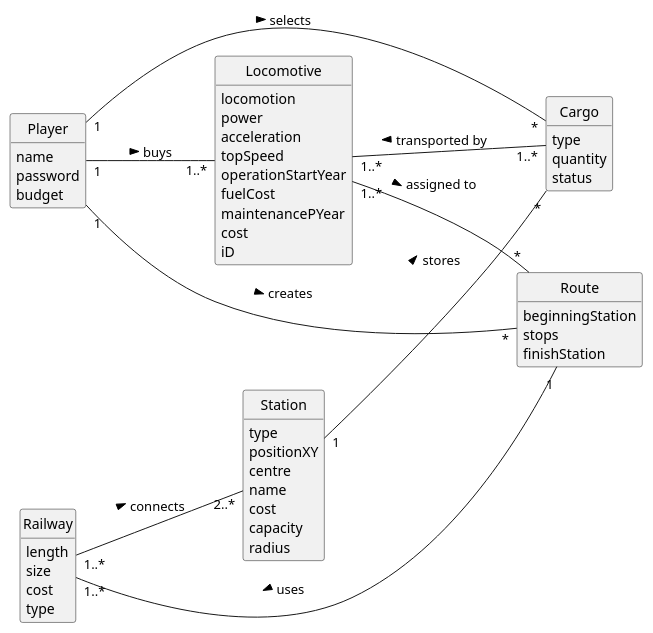
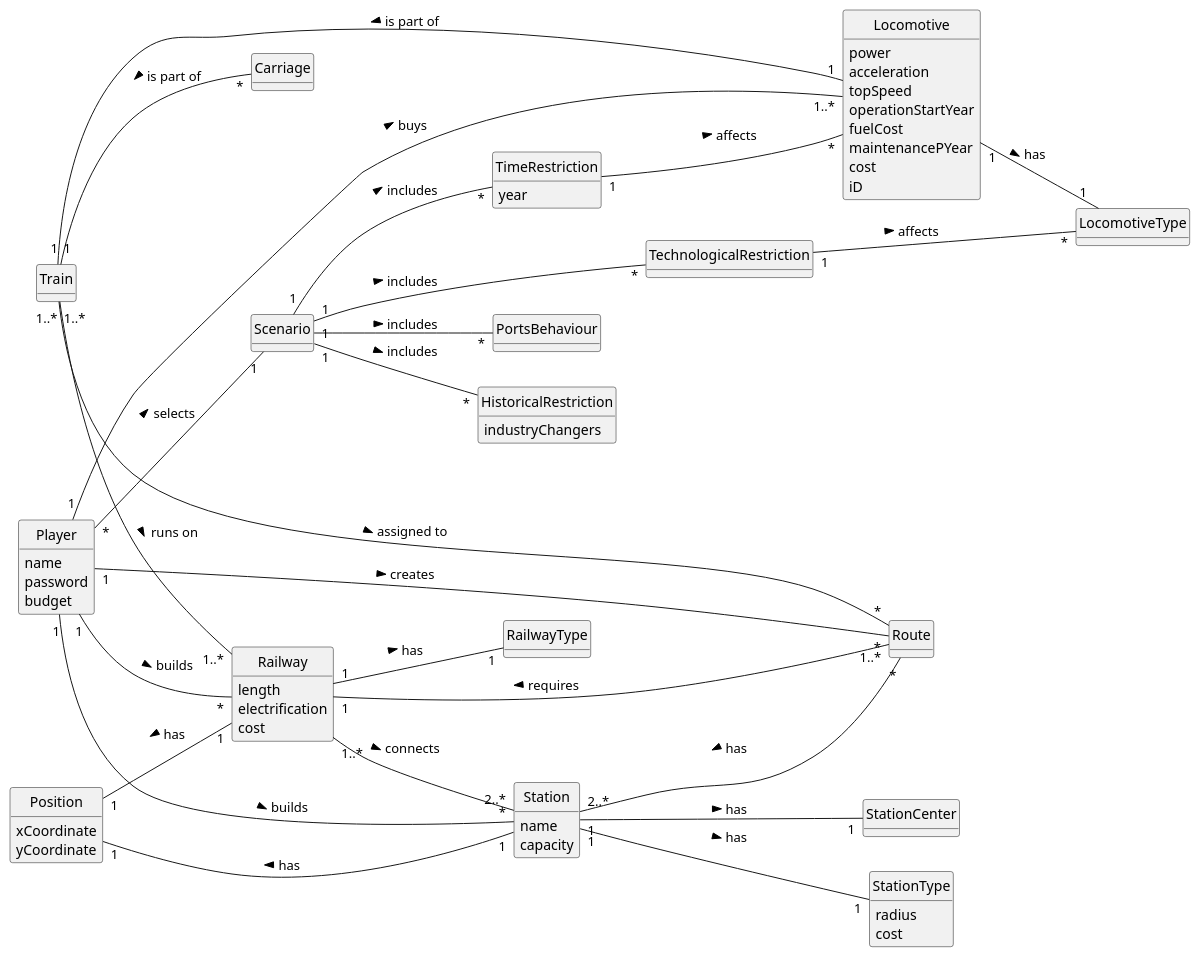
One commit to 1240935/pi2-railway-simulator changed the diagram in Sprint2/US014/02.analysis/puml/US014-DM.puml. Above: the diagram before and after it, drawn with PlantUML. The commit also changed 13 other files, not shown here.

```diff
--- a/Sprint2/US014/02.analysis/puml/US014-DM.puml
+++ b/Sprint2/US014/02.analysis/puml/US014-DM.puml
@@ -1,69 +1,115 @@
 @startuml
 skinparam monochrome true
 skinparam packageStyle rectangle
 skinparam shadowing false
 'skinparam linetype ortho
 'left to right direction
 skinparam classAttributeIconSize 0
 hide circle
 hide methods
 
 left to right direction
 
 class Player {
     name
     password
     budget
 }
 
 class Locomotive {
-    locomotion
     power
     acceleration
     topSpeed
     operationStartYear
     fuelCost
     maintenancePYear
     cost
     iD
 }
 
+class LocomotiveType{
+}
+
 class Route {
-    beginningStation
-    stops
-    finishStation
 }
 
 class Station {
-    type
-    positionXY
-    centre
     name
-    cost
     capacity
-    radius
 }
 
-class Cargo {
-    type
-    quantity
-    status
+class StationCenter{
+}
+
+class StationType{
+    radius
+    cost
 }
 
 class Railway{
     length
-    size
+    electrification
     cost
-    type
 }
 
+class RailwayType{
+}
+
+class Position{
+    xCoordinate
+    yCoordinate
+}
+
+class Train {
+}
+
+class Carriage{
+}
+
+class HistoricalRestriction{
+    industryChangers
+}
+
+class TimeRestriction{
+    year
+}
+
+class TechnologicalRestriction{
+}
+
+class PortsBehaviour{
+}
+
+Player "*" -- "1" Scenario : selects >
+Player "1" -- "*" Station : builds >
 Player "1" -- "*" Route : creates >
-Player "1" -- "*"  Cargo : selects >
+Player "1" -- "*" Railway : builds >
 Player "1" -- "1..*" Locomotive : buys >
+
+Scenario "1" -- "*" HistoricalRestriction: includes >
+Scenario "1" -- "*" TechnologicalRestriction: includes >
+Scenario "1" -- "*" TimeRestriction: includes >
+Scenario "1" -- "*" PortsBehaviour: includes >
+
+TimeRestriction "1" -- "*" Locomotive: affects >
+TechnologicalRestriction "1" -- "*" LocomotiveType: affects >
+
+Position "1" -- "1" Station: has <
+Position "1" -- "1" Railway: has <
+
+Station "2..*" -- "*" Route: has <
+Station "1" -- "1" StationType: has >
+Station "1" -- "1" StationCenter: has >
+
+Locomotive "1" -- "1" LocomotiveType: has >
+
+Railway "1" -- "1..*" Route: requires <
 Railway "1..*" -- "2..*" Station : connects >
-Locomotive "1..*" -- "*" Route : assigned to >
-Locomotive "1..*" -- "1..*" Cargo : transported by <
-Railway "1..*" -- "1" Route: uses <
-Station "1" -- "*" Cargo : stores >
+Railway "1" -- "1" RailwayType: has >
+
+Train "1" -- "1" Locomotive: is part of <
+Train "1" -- "*" Carriage: is part of <
+Train "1..*" -- "*" Route : assigned to >
+Train "1..*" -- "1..*" Railway: runs on >
 
 @enduml
```
